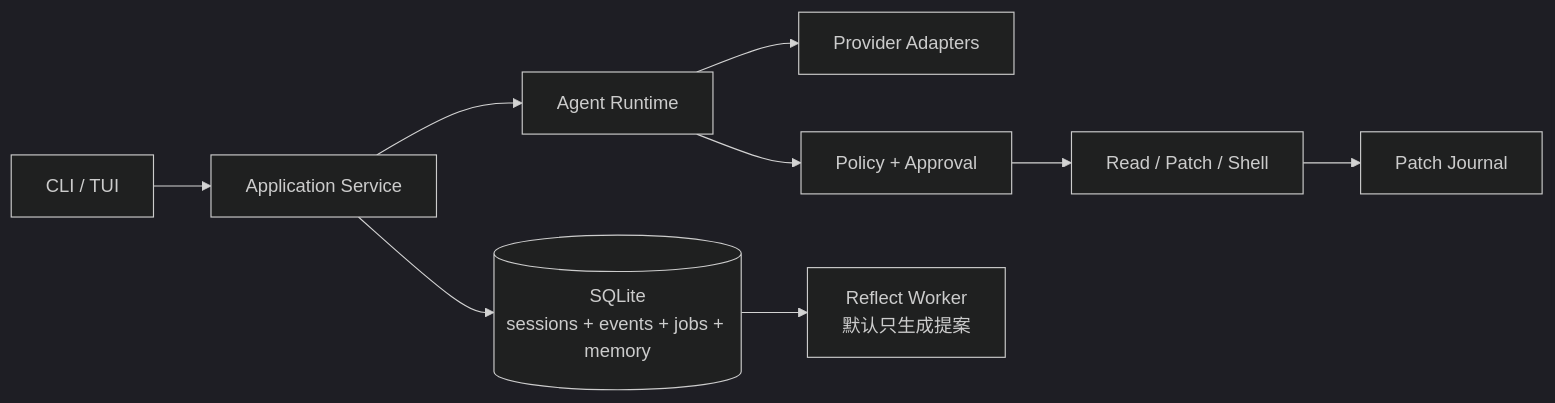
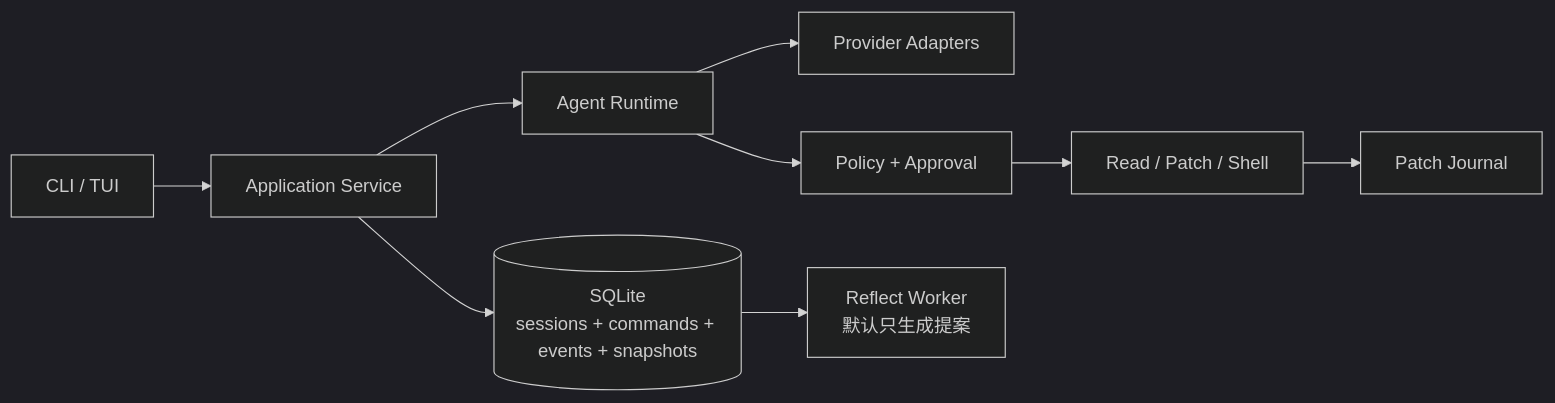
The diagram in README.md (Scorpio69t/mengdie-code), drawn with Mermaid (dark theme) before and after one commit. The commit also changed other lines of this file and 21 other files, not shown here.

````diff
--- a/README.md
+++ b/README.md
@@ -105,11 +106,11 @@
 ```mermaid
 flowchart LR
     CLI["CLI / TUI"] --> APP["Application Service"]
     APP --> RUNTIME["Agent Runtime"]
     RUNTIME --> PROVIDER["Provider Adapters"]
     RUNTIME --> POLICY["Policy + Approval"]
     POLICY --> TOOLS["Read / Patch / Shell"]
-    APP --> STORE[("SQLite\nsessions + events + jobs + memory")]
+    APP --> STORE[("SQLite\nsessions + commands + events + snapshots")]
     TOOLS --> JOURNAL["Patch Journal"]
     STORE --> REFLECT["Reflect Worker\n默认只生成提案"]
 ```
````
